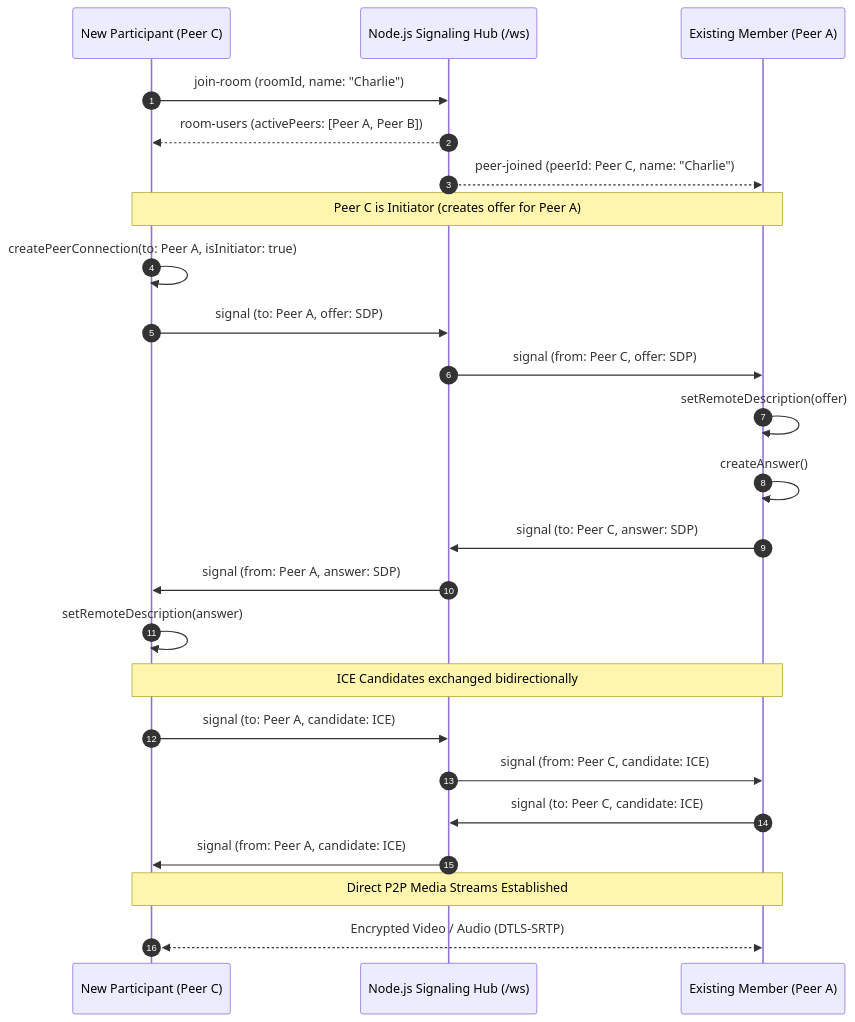
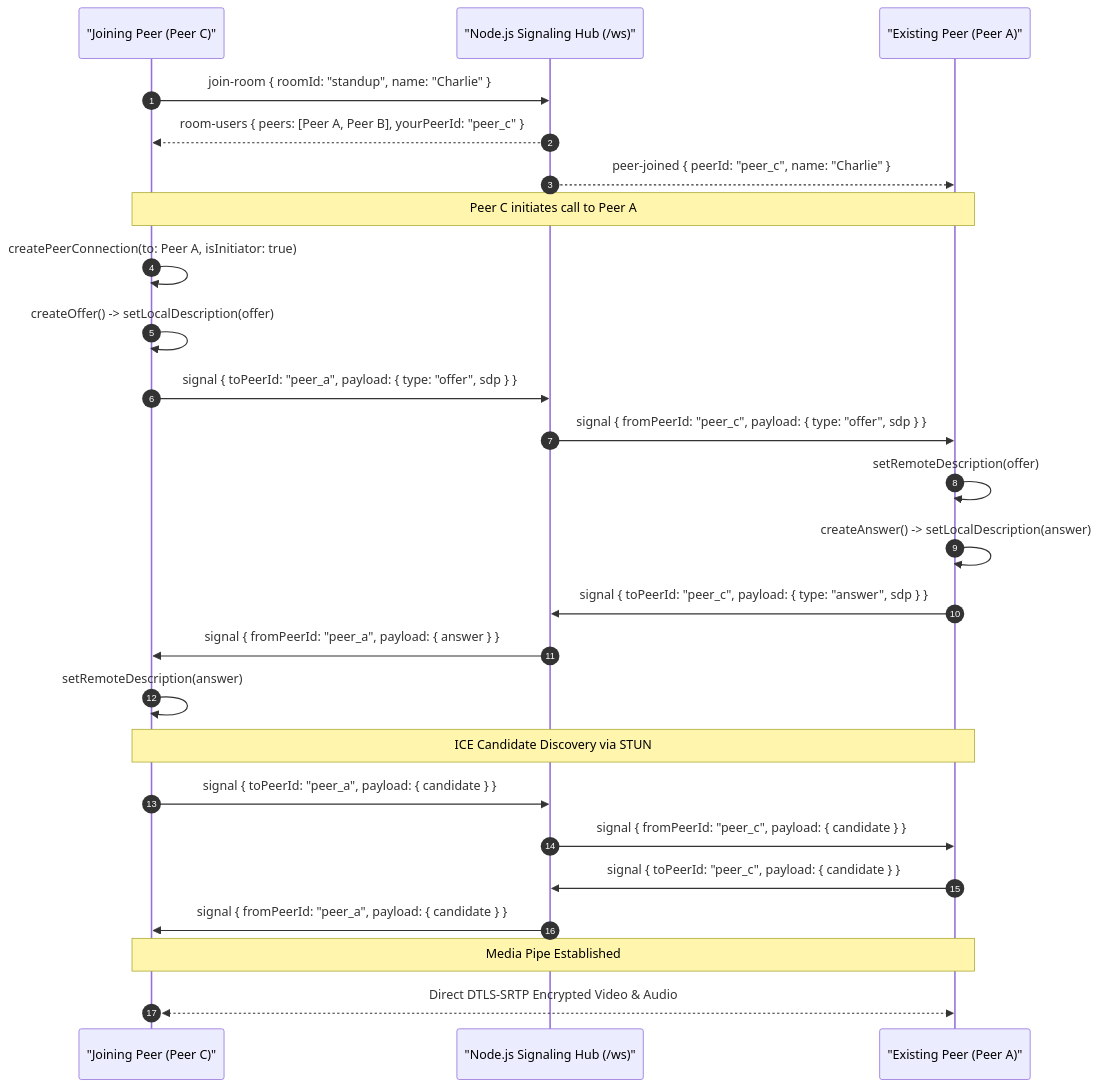
Before and after one commit to itssagarK/meetManager: the third of 10 diagrams in PROJECT_DOCUMENTATION.md, drawn with Mermaid. The commit also changed other lines of this file and 3 other files, not shown here.

````diff
--- a/PROJECT_DOCUMENTATION.md
+++ b/PROJECT_DOCUMENTATION.md
@@ -301,31 +299,32 @@
 ```mermaid
 sequenceDiagram
     autonumber
-    participant NewPeer as New Participant (Peer C)
-    participant Server as Node.js Signaling Hub (/ws)
-    participant ExistingPeer as Existing Member (Peer A)
+    participant Joiner as "Joining Peer (Peer C)"
+    participant Signaling as "Node.js Signaling Hub (/ws)"
+    participant Existing as "Existing Peer (Peer A)"
 
-    NewPeer->>Server: join-room (roomId, name: "Charlie")
-    Server-->>NewPeer: room-users (activePeers: [Peer A, Peer B])
-    Server-->>ExistingPeer: peer-joined (peerId: Peer C, name: "Charlie")
+    Joiner->>Signaling: join-room { roomId: "standup", name: "Charlie" }
+    Signaling-->>Joiner: room-users { peers: [Peer A, Peer B], yourPeerId: "peer_c" }
+    Signaling-->>Existing: peer-joined { peerId: "peer_c", name: "Charlie" }
 
-    Note over NewPeer,ExistingPeer: Peer C is Initiator (creates offer for Peer A)
-    NewPeer->>NewPeer: createPeerConnection(to: Peer A, isInitiator: true)
-    NewPeer->>Server: signal (to: Peer A, offer: SDP)
-    Server->>ExistingPeer: signal (from: Peer C, offer: SDP)
+    Note over Joiner,Existing: Peer C initiates call to Peer A
+    Joiner->>Joiner: createPeerConnection(to: Peer A, isInitiator: true)
+    Joiner->>Joiner: createOffer() -> setLocalDescription(offer)
+    Joiner->>Signaling: signal { toPeerId: "peer_a", payload: { type: "offer", sdp } }
+    Signaling->>Existing: signal { fromPeerId: "peer_c", payload: { type: "offer", sdp } }
 
-    ExistingPeer->>ExistingPeer: setRemoteDescription(offer)
-    ExistingPeer->>ExistingPeer: createAnswer()
-    ExistingPeer->>Server: signal (to: Peer C, answer: SDP)
-    Server->>NewPeer: signal (from: Peer A, answer: SDP)
-    NewPeer->>NewPeer: setRemoteDescription(answer)
+    Existing->>Existing: setRemoteDescription(offer)
+    Existing->>Existing: createAnswer() -> setLocalDescription(answer)
+    Existing->>Signaling: signal { toPeerId: "peer_c", payload: { type: "answer", sdp } }
+    Signaling->>Joiner: signal { fromPeerId: "peer_a", payload: { answer } }
+    Joiner->>Joiner: setRemoteDescription(answer)
 
-    Note over NewPeer,ExistingPeer: ICE Candidates exchanged bidirectionally
-    NewPeer->>Server: signal (to: Peer A, candidate: ICE)
-    Server->>ExistingPeer: signal (from: Peer C, candidate: ICE)
-    ExistingPeer->>Server: signal (to: Peer C, candidate: ICE)
-    Server->>NewPeer: signal (from: Peer A, candidate: ICE)
+    Note over Joiner,Existing: ICE Candidate Discovery via STUN
+    Joiner->>Signaling: signal { toPeerId: "peer_a", payload: { candidate } }
+    Signaling->>Existing: signal { fromPeerId: "peer_c", payload: { candidate } }
+    Existing->>Signaling: signal { toPeerId: "peer_c", payload: { candidate } }
+    Signaling->>Joiner: signal { fromPeerId: "peer_a", payload: { candidate } }
 
-    Note over NewPeer,ExistingPeer: Direct P2P Media Streams Established
-    NewPeer<<-->>ExistingPeer: Encrypted Video / Audio (DTLS-SRTP)
+    Note over Joiner,Existing: Media Pipe Established
+    Joiner<<-->>Existing: Direct DTLS-SRTP Encrypted Video & Audio
 ```
````
